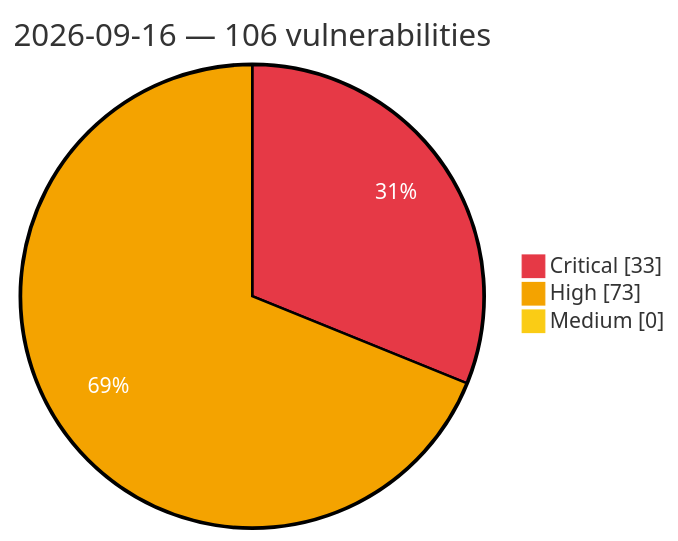
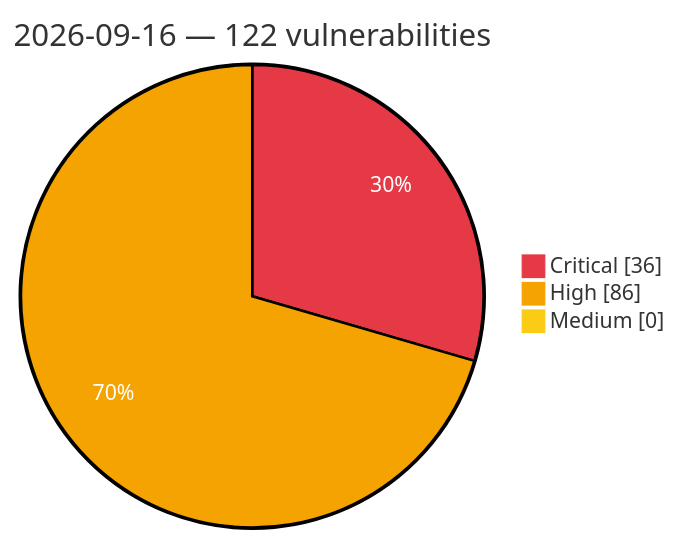
The diagram in vulnerabilities/2026/September/2026-09-16.md (GhostX0X/vuln-tracker), drawn with Mermaid before and after one commit. The commit also changed other lines of this file and 5 other files, not shown here.

Commit message:
Auto update: critical/high vulns (2026-09-17 00:45 UTC)

````diff
--- a/vulnerabilities/2026/September/2026-09-16.md
+++ b/vulnerabilities/2026/September/2026-09-16.md
@@ -3,8 +3,8 @@
 ```mermaid
 %%{init: {'theme':'base', 'themeVariables': {'pie1':'#e63946', 'pie2':'#f4a300', 'pie3':'#facc15', 'pieOpacity':'1', 'pieOuterStrokeWidth':'2px', 'pieSectionTextColor':'#ffffff'}}}%%
 pie showData
-    title 2026-09-16 — 106 vulnerabilities
-    "Critical" : 33
-    "High" : 73
+    title 2026-09-16 — 122 vulnerabilities
+    "Critical" : 36
+    "High" : 86
     "Medium" : 0
 ```
````
